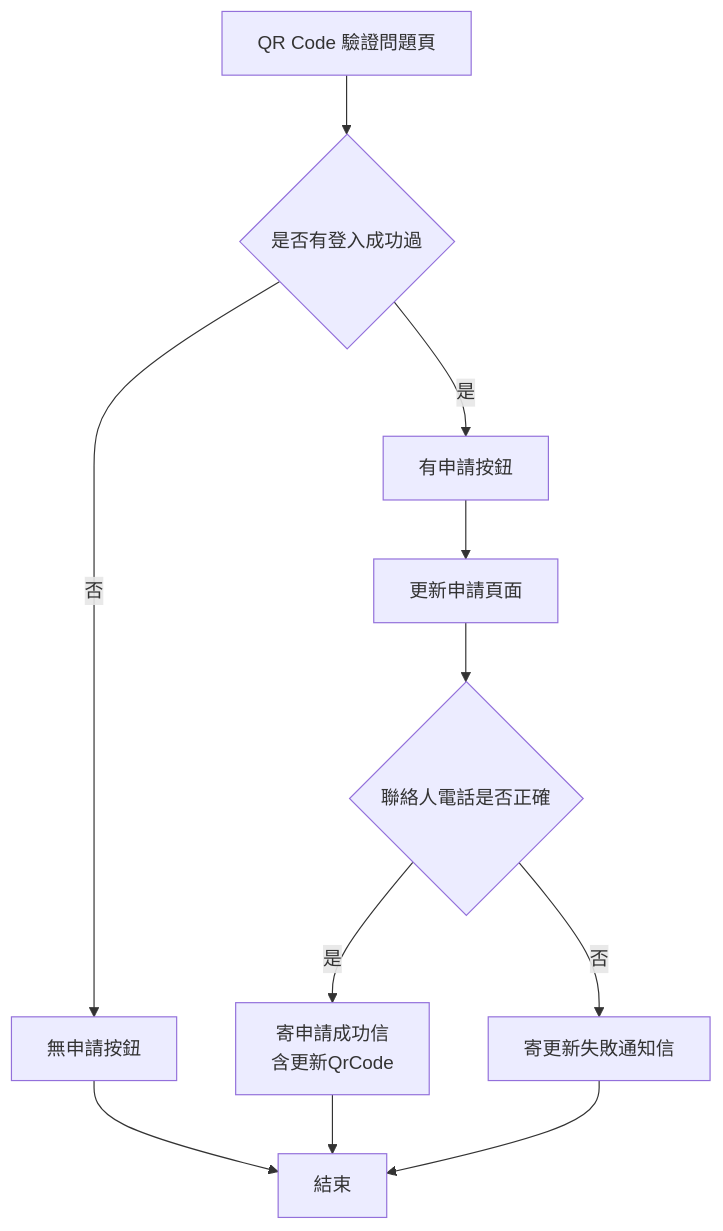
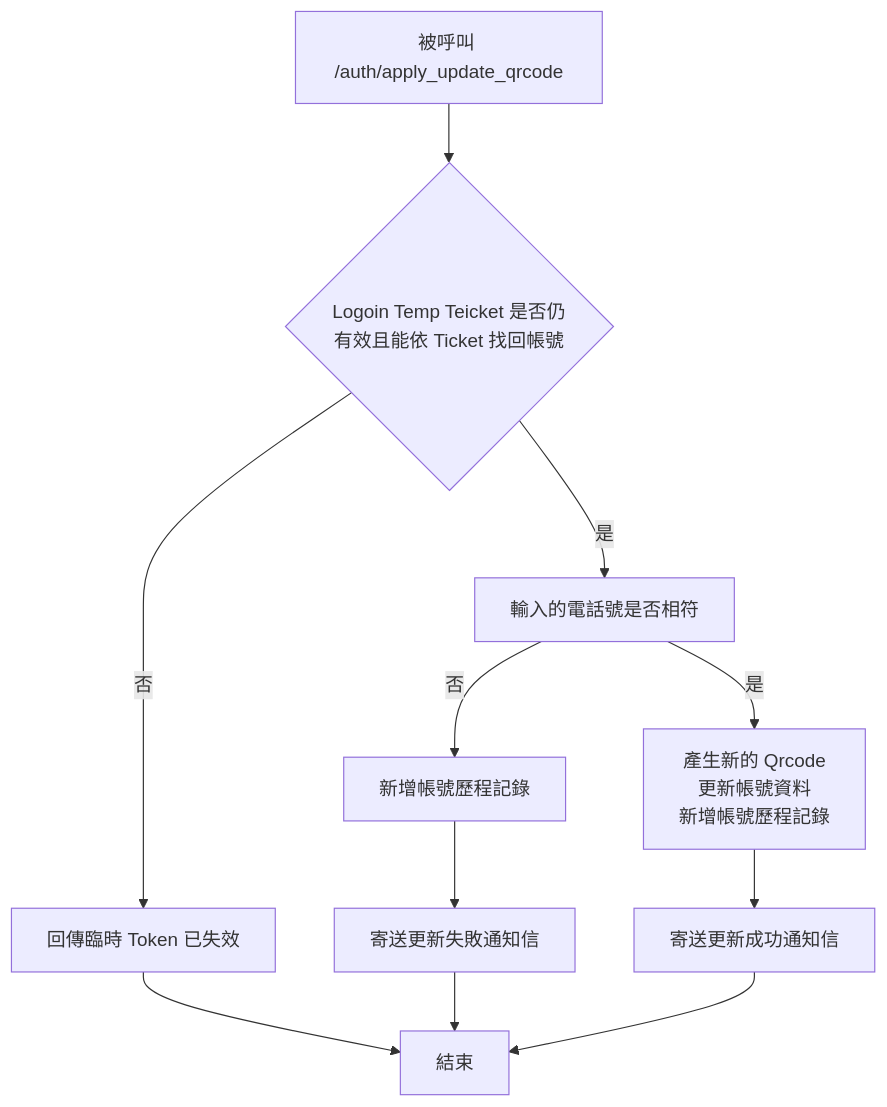
Before and after one commit to thunderstormwang/CodingNote: the eighth of 8 diagrams in System_Design/login.md, drawn with Mermaid. The commit also changed other lines of this file and 1 other file, not shown here.

````diff
--- a/System_Design/login.md
+++ b/System_Design/login.md
@@ -156,11 +187,11 @@
 ```mermaid
 flowchart TD
-A[QR Code 驗證問題頁]
-A --> B{是否有登入成功過}
-B --> |否| C[無申請按鈕] --> Z[結束]
-B --> |是| D[有申請按鈕]
-D --> F[更新申請頁面]
-F --> F1{聯絡人電話是否正確}
-F1 --> |是| F2[寄申請成功信<br/>含更新QrCode] --> Z[結束]
-F1 --> |否| F3[寄更新失敗通知信] --> Z[結束]
+A[被呼叫 /auth/apply_update_qrcode]
+A --> B{Logoin Temp Teicket 是否仍有效且能依 Ticket 找回帳號}
+B --> |否| C[回傳臨時 Token 已失效] --> D[結束]
+B --> |是| G[輸入的電話號是否相符]
+G --> |否| H[新增帳號歷程記錄]
+H --> I[寄送更新失敗通知信]  --> D
+G --> |是| J[產生新的 Qrcode<br/>更新帳號資料<br/>新增帳號歷程記錄]
+J --> K[寄送更新成功通知信] --> D
 ```
````
